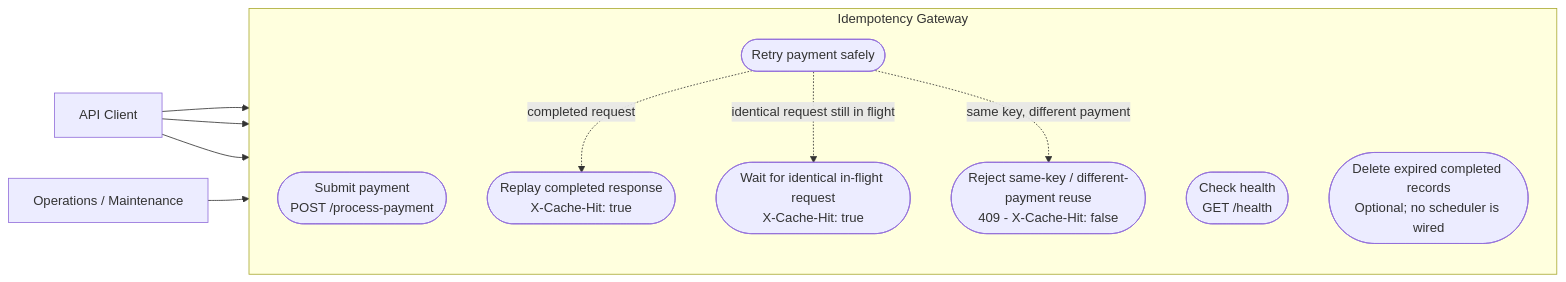
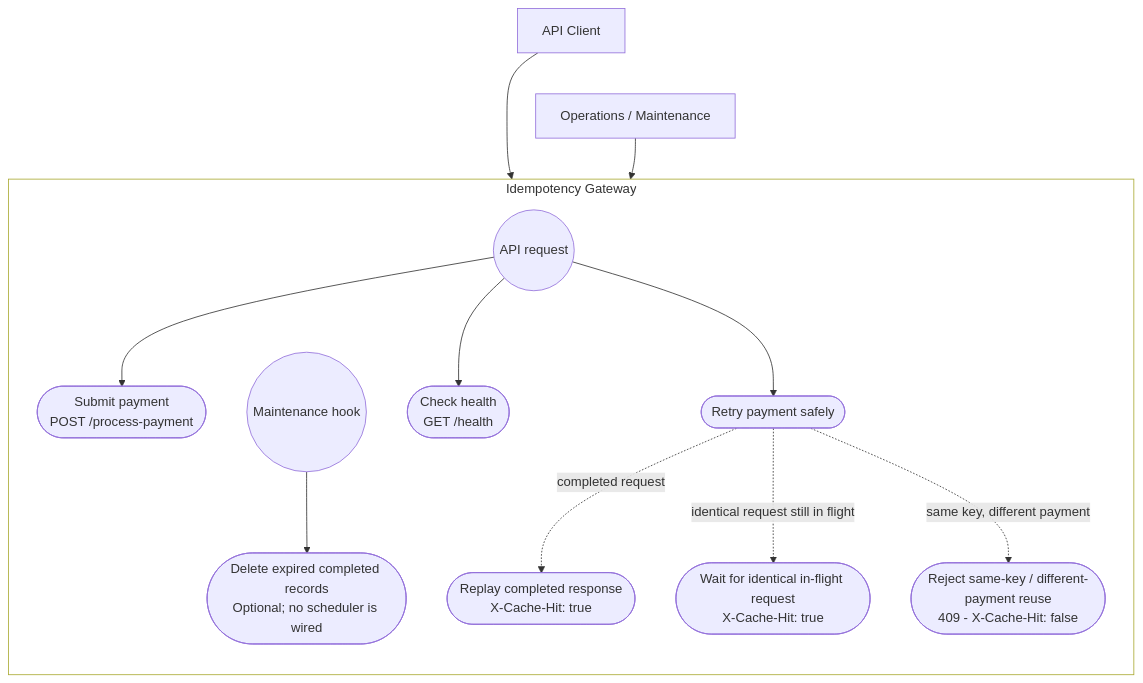
One commit to amalitechglobaltraining/Idempotency-Gateway changed the diagram in docs/use-case-diagram.md. Above: the diagram before and after it, drawn with Mermaid. The commit also changed 1 other file, not shown here.

Commit message:
docs: improve use-case diagram layout

````diff
--- a/docs/use-case-diagram.md
+++ b/docs/use-case-diagram.md
@@ -9,25 +9,32 @@
 ```mermaid
-flowchart LR
+flowchart TB
     Client[API Client]
     Operations[Operations / Maintenance]
+    Client ~~~ Operations
 
     subgraph Gateway[Idempotency Gateway]
         direction TB
+        ClientEntry((API request))
+        MaintenanceEntry((Maintenance hook))
         Submit([Submit payment<br/>POST /process-payment])
         Retry([Retry payment safely])
         Replay([Replay completed response<br/>X-Cache-Hit: true])
         Wait([Wait for identical in-flight request<br/>X-Cache-Hit: true])
         Conflict([Reject same-key / different-payment reuse<br/>409 - X-Cache-Hit: false])
         Health([Check health<br/>GET /health])
         Cleanup([Delete expired completed records<br/>Optional; no scheduler is wired])
     end
 
-    Client --> Submit
-    Client --> Retry
-    Client --> Health
-    Operations --> Cleanup
+    Client --> ClientEntry
+    Operations --> MaintenanceEntry
+    ClientEntry --> Submit
+    ClientEntry --> Retry
+    ClientEntry --> Health
+    MaintenanceEntry --> Cleanup
 
     Retry -. completed request .-> Replay
     Retry -. identical request still in flight .-> Wait
     Retry -. same key, different payment .-> Conflict
+
+    style Gateway fill:#ffffff,fill-opacity:0
 ```
````
